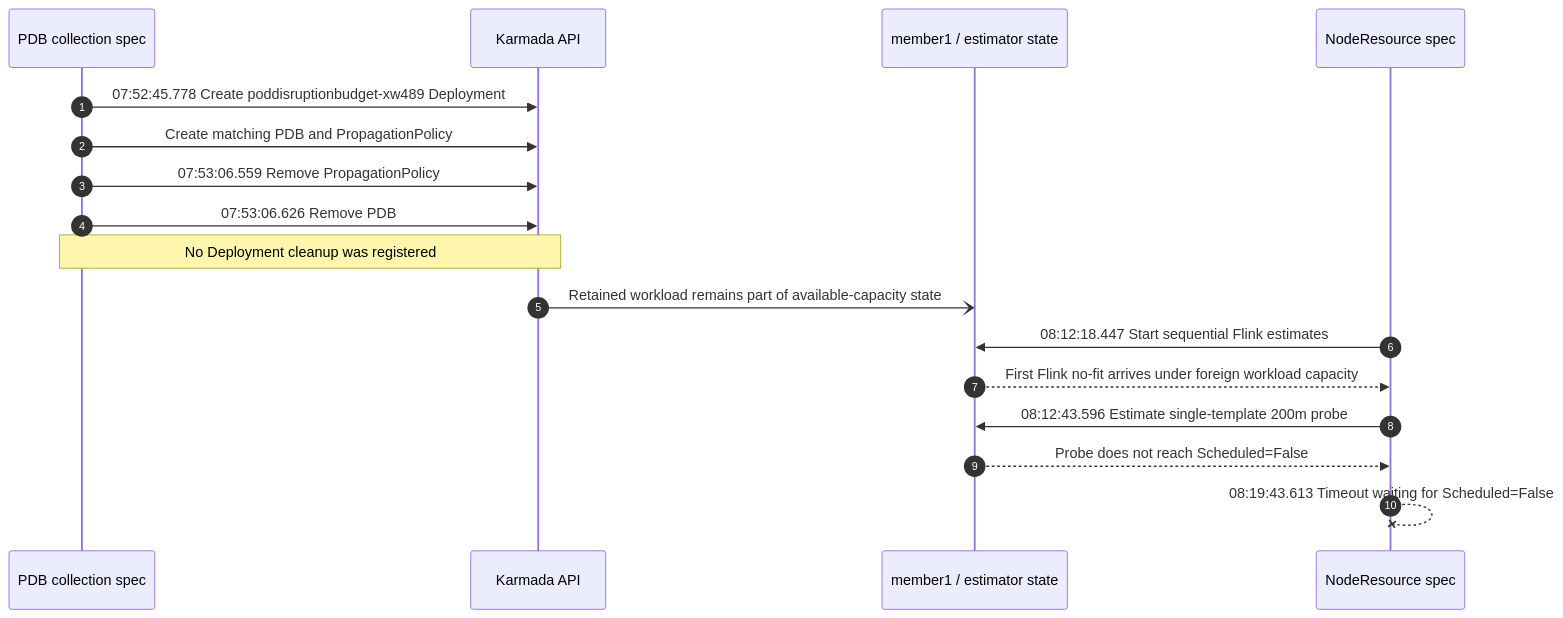
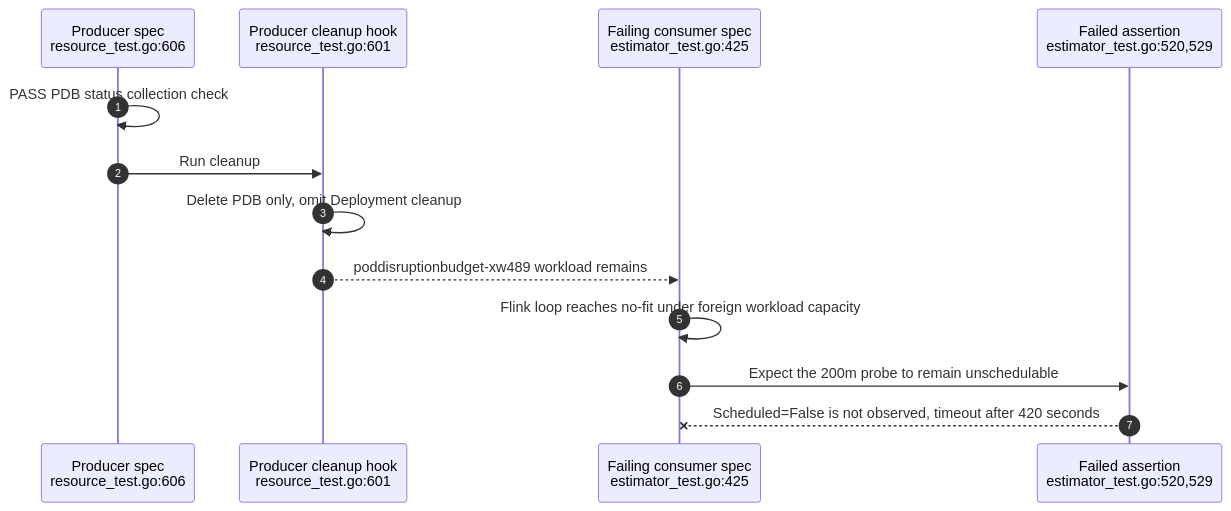
The second of 2 diagrams in internship-reports/day48-issue7826-revised-body-draft.md (ranxi2001/karmada), drawn with Mermaid before and after one commit. The commit also changed other lines of this file and 2 other files, not shown here.

````diff
--- a/internship-reports/day48-issue7826-revised-body-draft.md
+++ b/internship-reports/day48-issue7826-revised-body-draft.md
@@ -59,20 +49,16 @@
 ```mermaid
 sequenceDiagram
     autonumber
-    participant P as PDB collection spec
-    participant A as Karmada API
-    participant M as member1 / estimator state
-    participant N as NodeResource spec
+    participant P as Producer spec<br/>resource_test.go:606
+    participant H as Producer cleanup hook<br/>resource_test.go:601
+    participant C as Failing consumer spec<br/>estimator_test.go:425
+    participant A as Failed assertion<br/>estimator_test.go:520,529
 
-    P->>A: 07:52:45.778 Create poddisruptionbudget-xw489 Deployment
-    P->>A: Create matching PDB and PropagationPolicy
-    P->>A: 07:53:06.559 Remove PropagationPolicy
-    P->>A: 07:53:06.626 Remove PDB
-    Note over P,A: No Deployment cleanup was registered
-    A-)M: Retained workload remains part of available-capacity state
-    N->>M: 08:12:18.447 Start sequential Flink estimates
-    M-->>N: First Flink no-fit arrives under foreign workload capacity
-    N->>M: 08:12:43.596 Estimate single-template 200m probe
-    M-->>N: Probe does not reach Scheduled=False
-    N--xN: 08:19:43.613 Timeout waiting for Scheduled=False
+    P->>P: PASS PDB status collection check
+    P->>H: Run cleanup
+    H->>H: Delete PDB only, omit Deployment cleanup
+    H-->>C: poddisruptionbudget-xw489 workload remains
+    C->>C: Flink loop reaches no-fit under foreign workload capacity
+    C->>A: Expect the 200m probe to remain unschedulable
+    A--xC: Scheduled=False is not observed, timeout after 420 seconds
 ```
````
